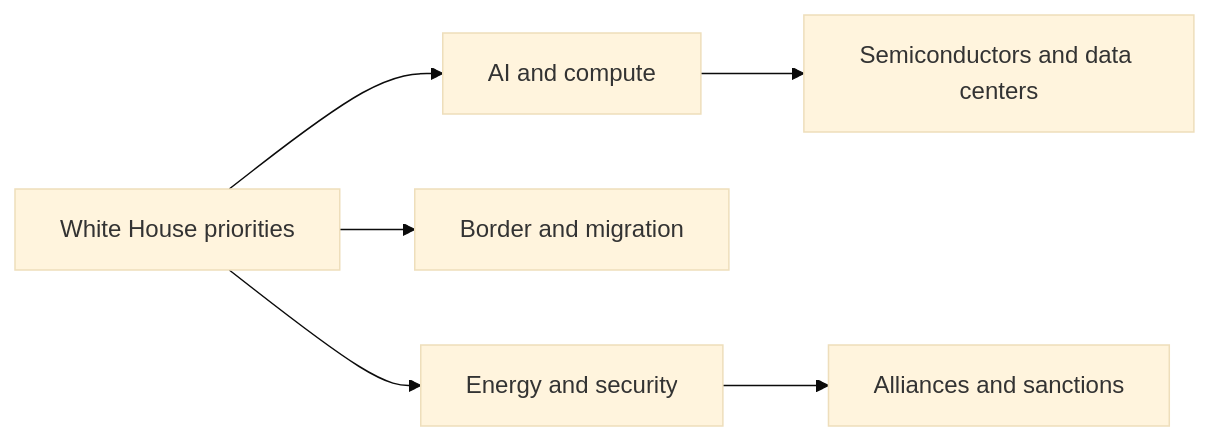
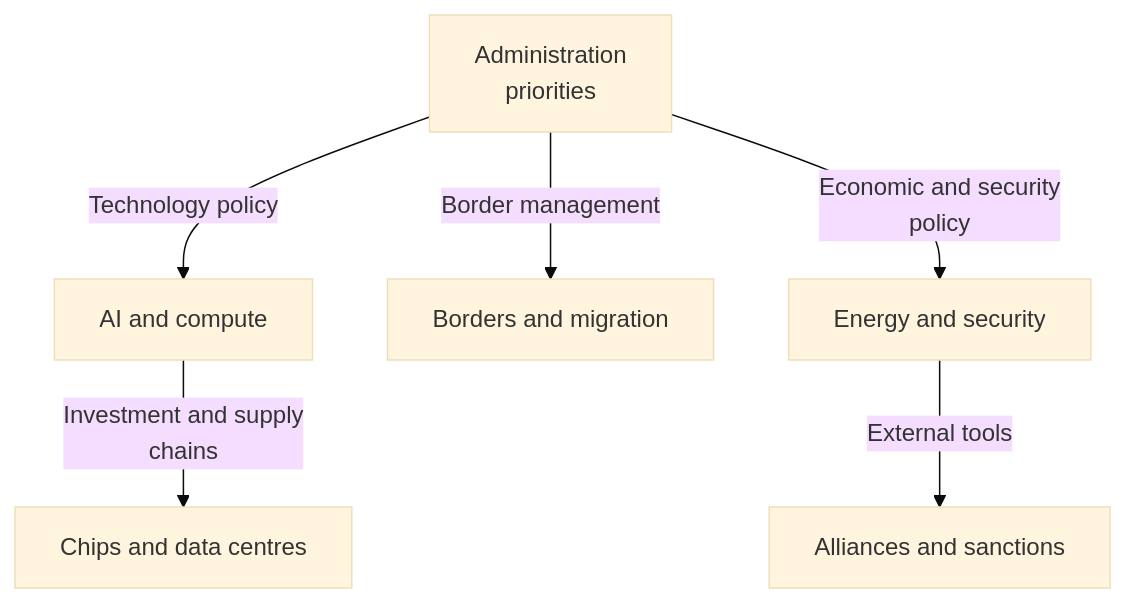
The third of 3 diagrams in articles/report/united-states-geopolitical-profile/en/index.mdx (daylight55/research), drawn with Mermaid (base theme) before and after one commit. The commit also changed other lines of this file and 181 other files, not shown here.

First line of the commit message:
全記事の図解368点を再生成し、共通注意書きを削除 (#402)

````diff
--- a/articles/report/united-states-geopolitical-profile/en/index.mdx
+++ b/articles/report/united-states-geopolitical-profile/en/index.mdx
@@ -105,8 +115,16 @@
 ```mermaid
-flowchart LR
-  A["White House priorities"] --> B["AI and compute"]
-  A --> C["Border and migration"]
-  A --> D["Energy and security"]
-  D --> E["Alliances and sanctions"]
-  B --> F["Semiconductors and data centers"]
+flowchart TD
+  accTitle: Connections in US AI, border and energy policy
+  accDescr: Separate AI and compute, migration, and energy and security policies, then trace links to semiconductors, data centres, alliances and sanctions.
+  N0["Administration<br/>priorities"]
+  N1["AI and compute"]
+  N2["Chips and data centres"]
+  N3["Borders and migration"]
+  N4["Energy and security"]
+  N5["Alliances and sanctions"]
+  N0 -->|Technology policy| N1
+  N1 -->|Investment and supply<br/>chains| N2
+  N0 -->|Border management| N3
+  N0 -->|Economic and security<br/>policy| N4
+  N4 -->|External tools| N5
 ```
````
